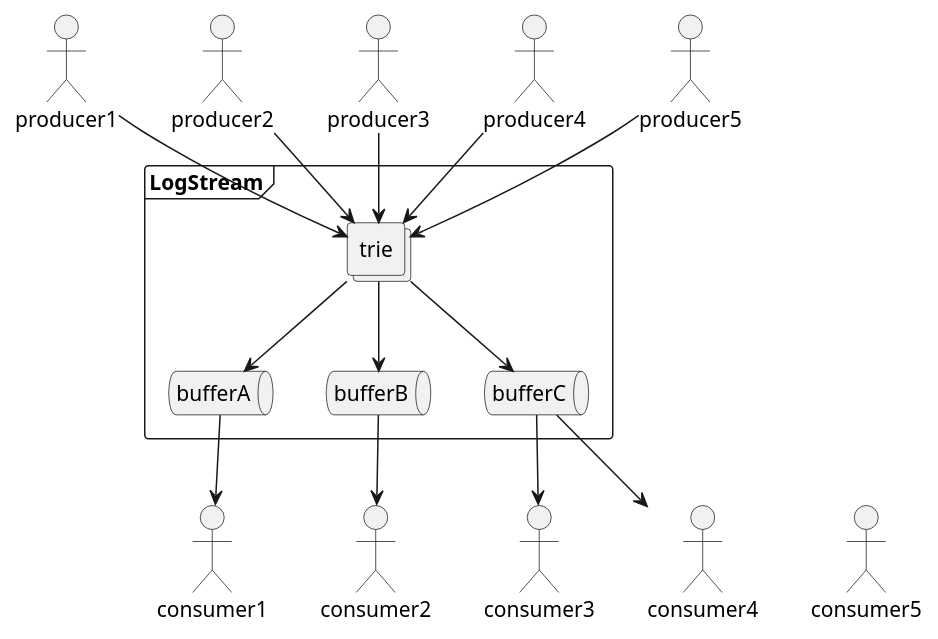
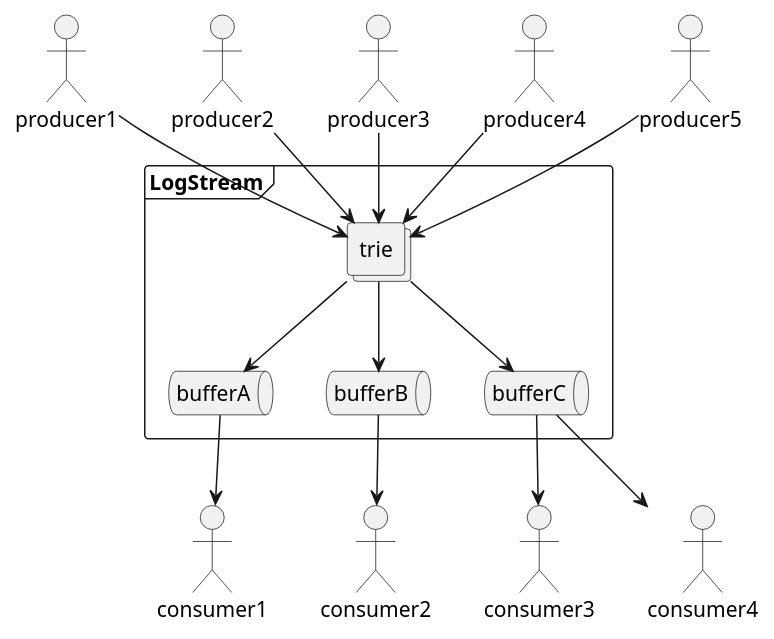
Before and after one commit to diy-cloud/logstream: the diagram in uml/uml.pu, drawn with PlantUML. The commit also changed 1 other file, not shown here.

Commit message:
recompile uml

```diff
--- a/uml/uml.pu
+++ b/uml/uml.pu
@@ -1,46 +1,45 @@
 @startuml structure
 
 frame LogStream {
     collections trie
     queue bufferA
     queue bufferB
     queue bufferC
 }
 
 trie -down-> bufferA
 trie -down-> bufferB
 trie -down-> bufferC
 
 actor producer1
 actor producer2
 actor producer3
 actor producer4
 actor producer5
 
 producer1 -[hidden]right-> producer2
 producer2 -[hidden]right-> producer3
 producer3 -[hidden]right-> producer4
 producer4 -[hidden]right-> producer5
 
 actor consumer1
 actor consumer2
 actor consumer3
 actor consumer4
 
 consumer1 -[hidden]right-> consumer2
 consumer2 -[hidden]right-> consumer3
 consumer3 -[hidden]right-> consumer4
-consumer4 -[hidden]right-> consumer5
 
 producer1 -down-> trie
 producer2 -down-> trie
 producer3 -down-> trie
 producer4 -down-> trie
 producer5 -down-> trie
 
 bufferA -down-> consumer1
 bufferB -down-> consumer2
 bufferC -down-> consumer3
 bufferC -down-> consumer4
 
 @enduml
```
